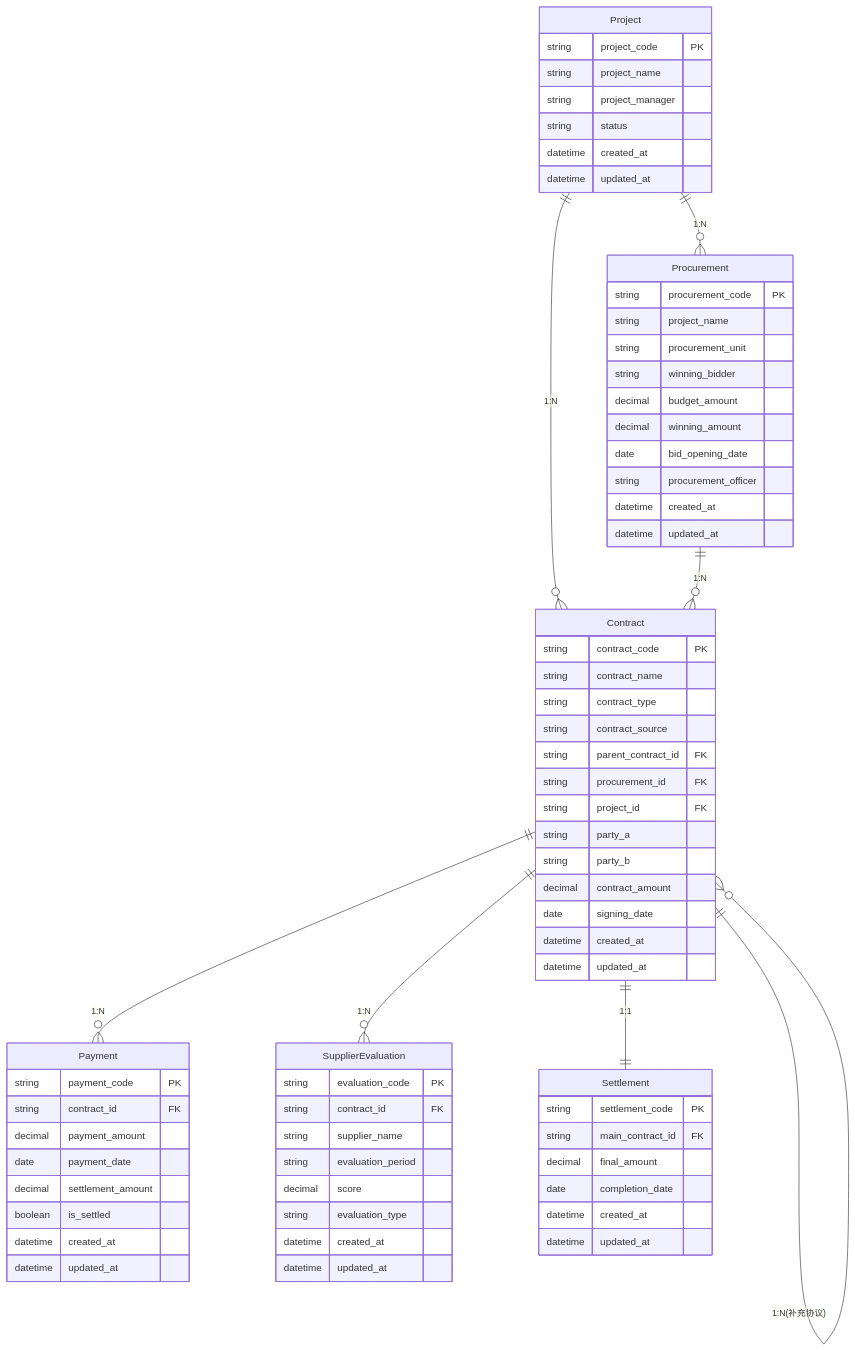
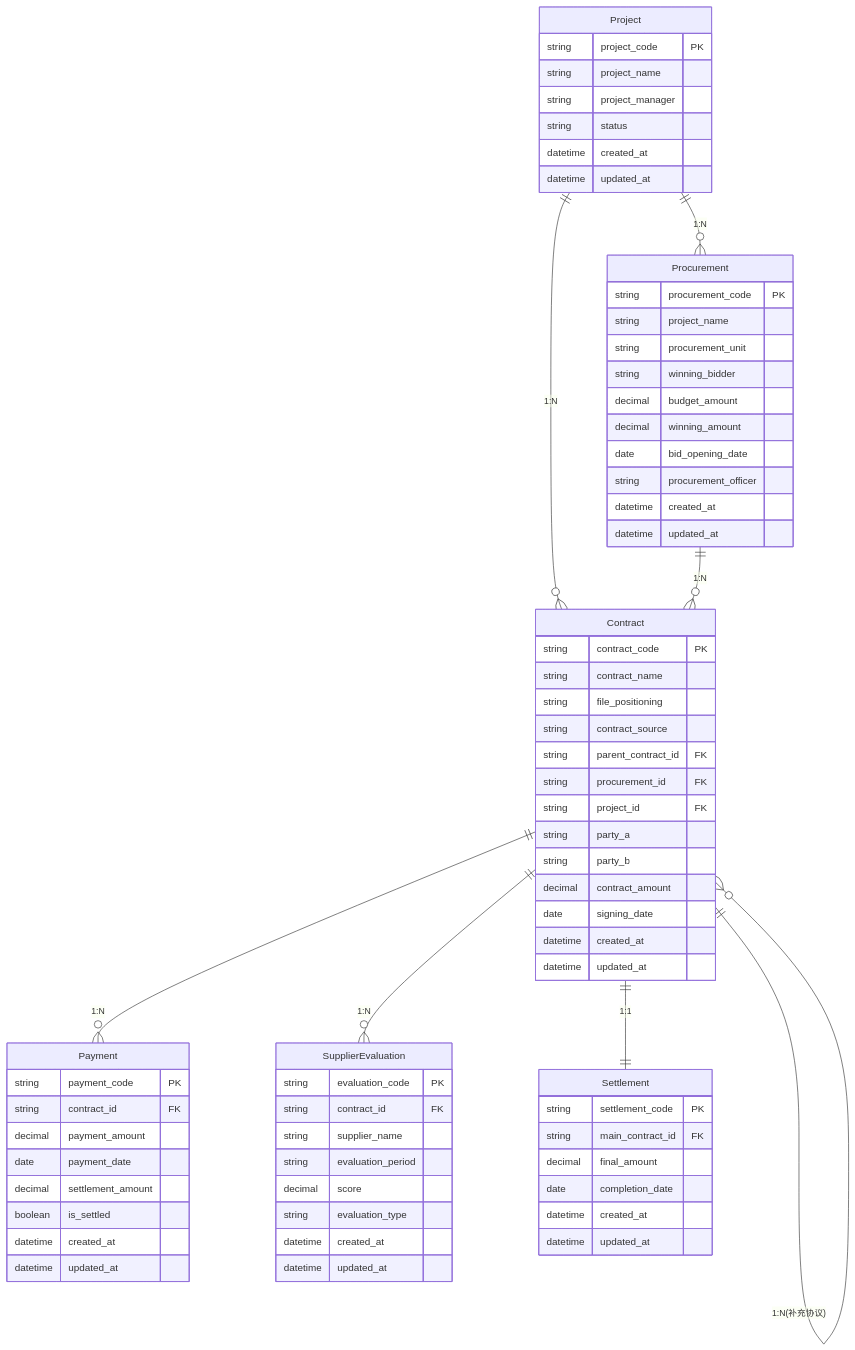
One commit to huangfeng15/taizhang changed the third of 7 diagrams in docs/系统架构分析文档.md. Above: the diagram before and after it, drawn with Mermaid. The commit also changed other lines of this file and 46 other files, not shown here.

````diff
--- a/docs/系统架构分析文档.md
+++ b/docs/系统架构分析文档.md
@@ -136,79 +136,79 @@
 ```mermaid
 erDiagram
     Project ||--o{ Procurement : "1:N"
     Project ||--o{ Contract : "1:N"
     Procurement ||--o{ Contract : "1:N"
     Contract ||--o{ Payment : "1:N"
     Contract ||--o{ SupplierEvaluation : "1:N"
     Contract ||--|| Settlement : "1:1"
     Contract ||--o{ Contract : "1:N(补充协议)"
     
     Project {
         string project_code PK
         string project_name
         string project_manager
         string status
         datetime created_at
         datetime updated_at
     }
     
     Procurement {
         string procurement_code PK
         string project_name
         string procurement_unit
         string winning_bidder
         decimal budget_amount
         decimal winning_amount
         date bid_opening_date
         string procurement_officer
         datetime created_at
         datetime updated_at
     }
     
     Contract {
         string contract_code PK
         string contract_name
-        string contract_type
+        string file_positioning
         string contract_source
         string parent_contract_id FK
         string procurement_id FK
         string project_id FK
         string party_a
         string party_b
         decimal contract_amount
         date signing_date
         datetime created_at
         datetime updated_at
     }
     
     Payment {
         string payment_code PK
         string contract_id FK
         decimal payment_amount
         date payment_date
         decimal settlement_amount
         boolean is_settled
         datetime created_at
         datetime updated_at
     }
     
     Settlement {
         string settlement_code PK
         string main_contract_id FK
         decimal final_amount
         date completion_date
         datetime created_at
         datetime updated_at
     }
     
     SupplierEvaluation {
         string evaluation_code PK
         string contract_id FK
         string supplier_name
         string evaluation_period
         decimal score
         string evaluation_type
         datetime created_at
         datetime updated_at
     }
 ```
````
